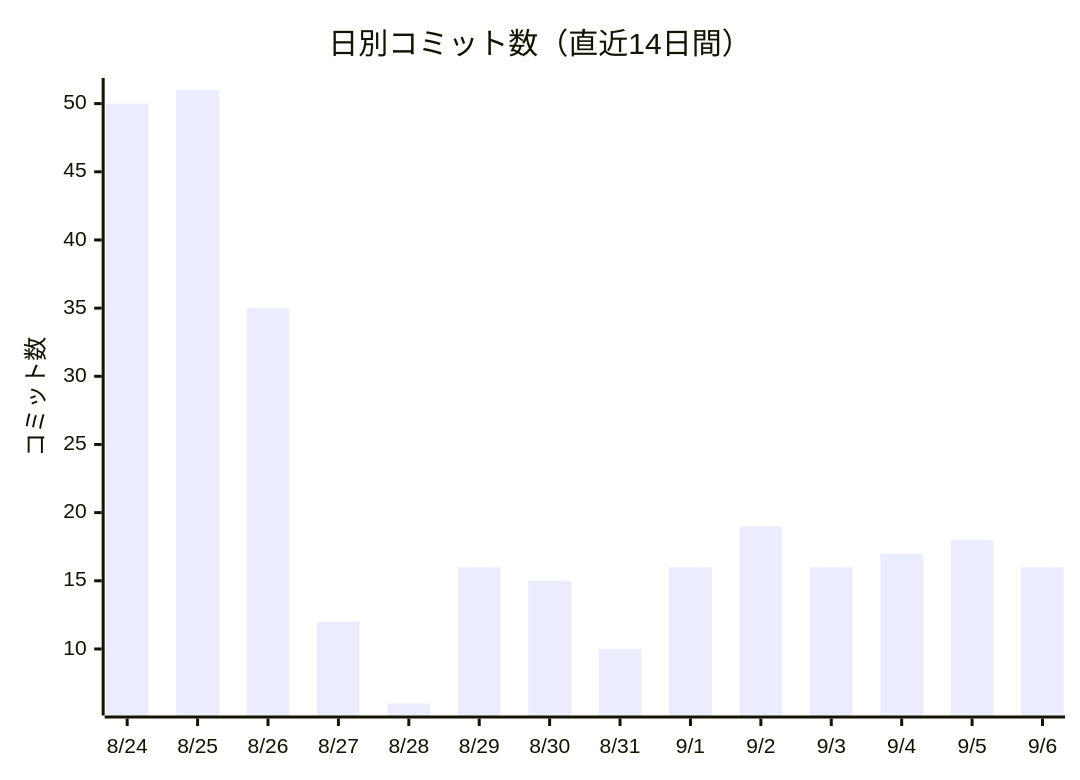
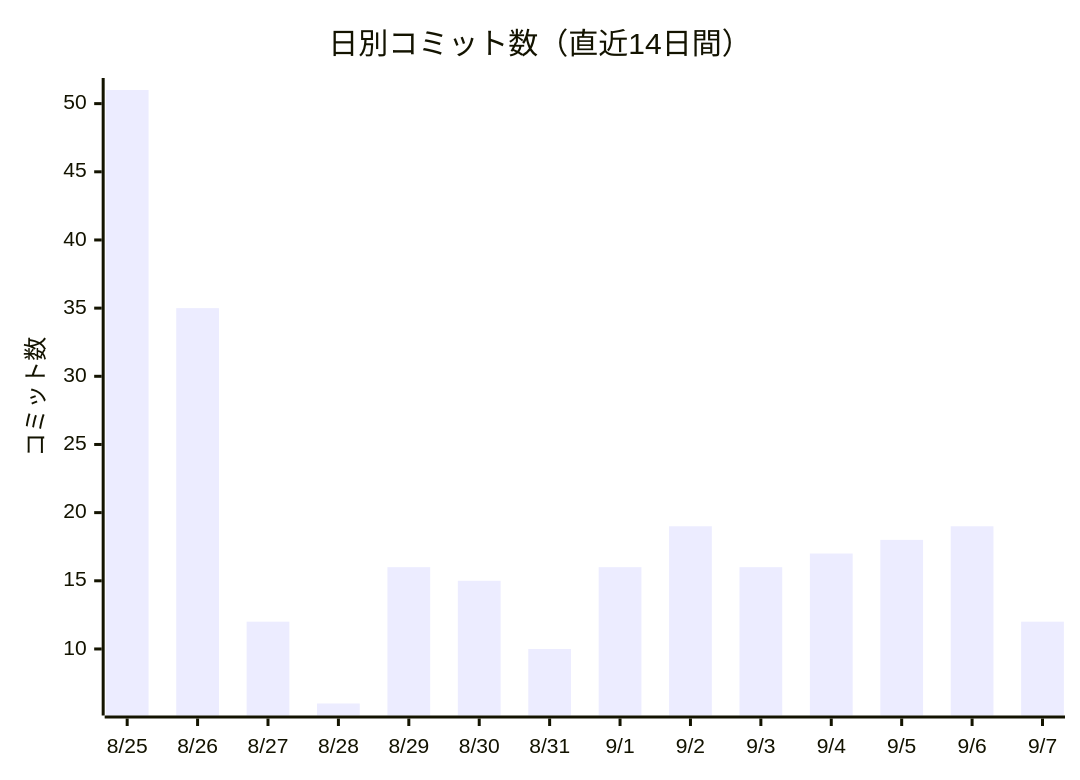
One commit to non-x2/non-x2 changed the first of 2 diagrams in docs/進化レポート.md. Above: the diagram before and after it, drawn with Mermaid. The commit also changed other lines of this file and 1 other file, not shown here.

````diff
--- a/docs/進化レポート.md
+++ b/docs/進化レポート.md
@@ -23,7 +23,7 @@
 ```mermaid
 xychart-beta
     title "日別コミット数（直近14日間）"
-    x-axis ["8/24", "8/25", "8/26", "8/27", "8/28", "8/29", "8/30", "8/31", "9/1", "9/2", "9/3", "9/4", "9/5", "9/6"]
+    x-axis ["8/25", "8/26", "8/27", "8/28", "8/29", "8/30", "8/31", "9/1", "9/2", "9/3", "9/4", "9/5", "9/6", "9/7"]
     y-axis "コミット数"
-    bar [50, 51, 35, 12, 6, 16, 15, 10, 16, 19, 16, 17, 18, 16]
+    bar [51, 35, 12, 6, 16, 15, 10, 16, 19, 16, 17, 18, 19, 12]
 ```
````
